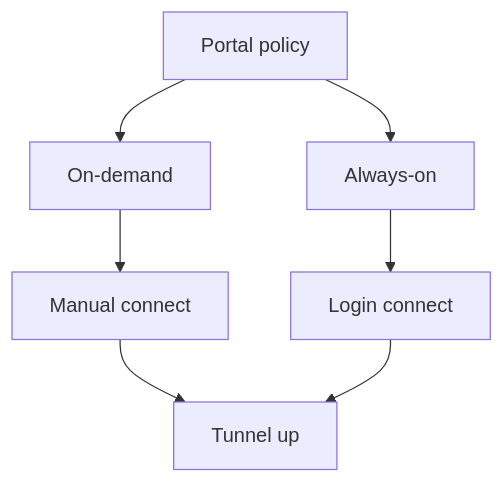
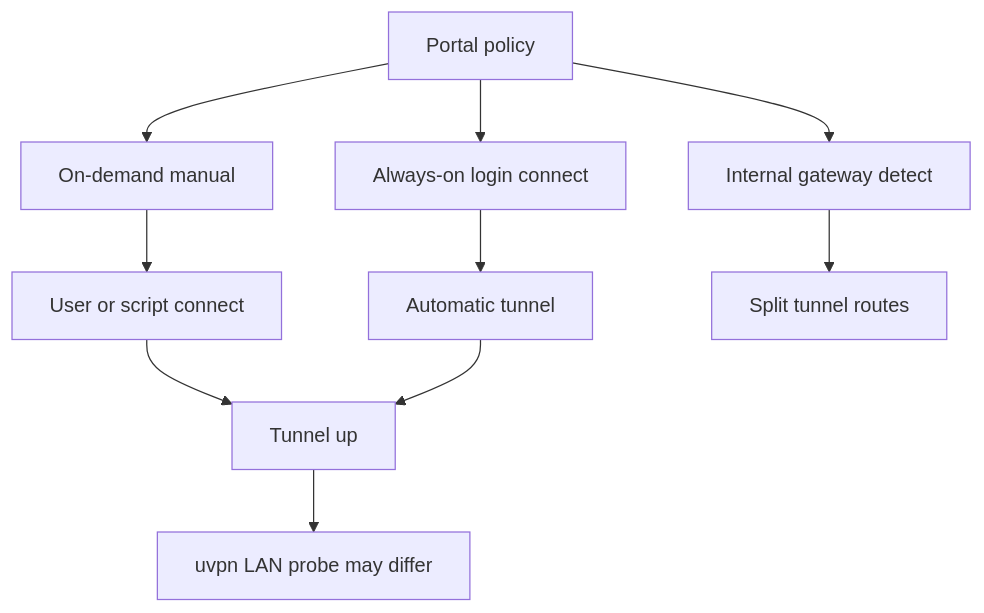
The second of 4 diagrams in docs/vpn-solutions/palo-alto-globalprotect.md (roto31/Tunnel-Monitor---Universal), drawn with Mermaid before and after one commit. The commit also changed other lines of this file and 25 other files, not shown here.

First line of the commit message:
Docs: add vendor citations, topology SVGs, and updated Mermaid.

````diff
--- a/docs/vpn-solutions/palo-alto-globalprotect.md
+++ b/docs/vpn-solutions/palo-alto-globalprotect.md
@@ -33,9 +45,12 @@
 ```mermaid
 flowchart TD
-    POL[Portal policy] --> OND[On-demand]
-    POL --> AON[Always-on]
-    OND --> USER[Manual connect]
-    AON --> AUTO[Login connect]
+    POL[Portal policy] --> OND[On-demand manual]
+    POL --> AON[Always-on login connect]
+    POL --> INT[Internal gateway detect]
+    OND --> USER[User or script connect]
+    AON --> AUTO[Automatic tunnel]
+    INT --> SPLIT[Split tunnel routes]
     USER --> UP[Tunnel up]
     AUTO --> UP
+    UP --> PROBE[uvpn LAN probe may differ]
 ```
````
